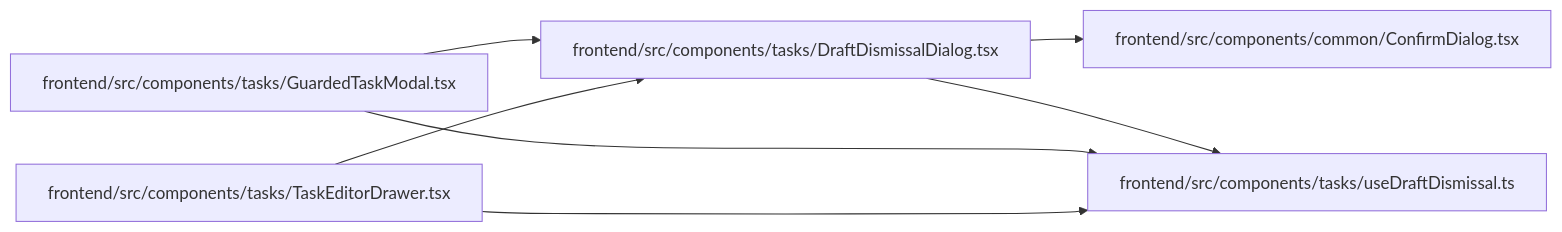
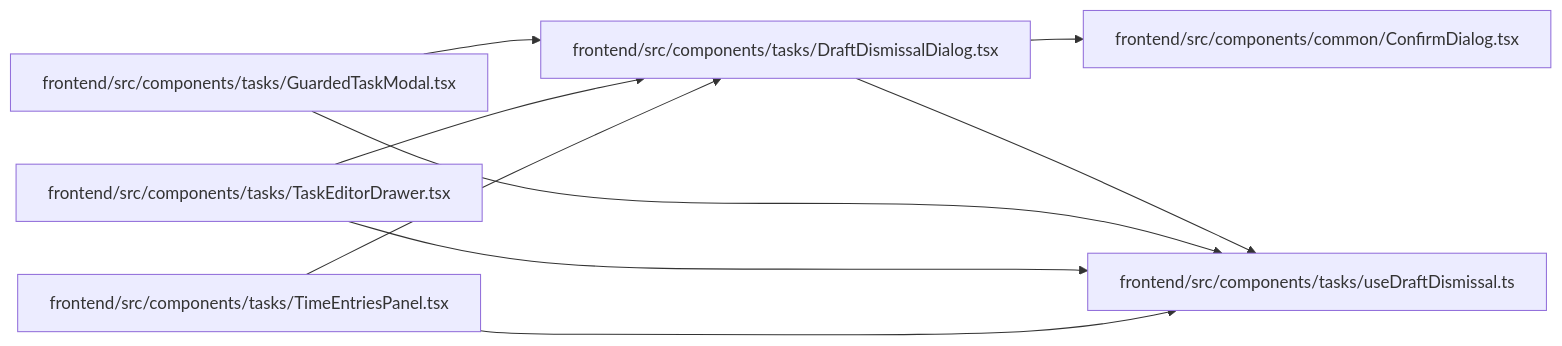
The diagram in docs/llm_wiki/modules/DraftDismissalDialog.md (Denissvgn/WorkChord), drawn with Mermaid before and after one commit. The commit also changed other lines of this file and 2344 other files, not shown here.

````diff
--- a/docs/llm_wiki/modules/DraftDismissalDialog.md
+++ b/docs/llm_wiki/modules/DraftDismissalDialog.md
@@ -28,19 +28,23 @@
 ```mermaid
 flowchart LR
     n0["frontend/src/components/common/ConfirmDialog.tsx"]
     n1["frontend/src/components/tasks/DraftDismissalDialog.tsx"]
     n2["frontend/src/components/tasks/GuardedTaskModal.tsx"]
     n3["frontend/src/components/tasks/TaskEditorDrawer.tsx"]
-    n4["frontend/src/components/tasks/useDraftDismissal.ts"]
+    n4["frontend/src/components/tasks/TimeEntriesPanel.tsx"]
+    n5["frontend/src/components/tasks/useDraftDismissal.ts"]
     n1 --> n0
-    n1 --> n4
+    n1 --> n5
     n2 --> n1
-    n2 --> n4
+    n2 --> n5
     n3 --> n1
-    n3 --> n4
+    n3 --> n5
+    n4 --> n1
+    n4 --> n5
     click n0 "../modules/ConfirmDialog.md"
     click n1 "../modules/DraftDismissalDialog.md"
     click n2 "../modules/GuardedTaskModal.md"
     click n3 "../modules/TaskEditorDrawer.md"
-    click n4 "../modules/useDraftDismissal.md"
+    click n4 "../modules/TimeEntriesPanel.md"
+    click n5 "../modules/useDraftDismissal.md"
 ```
````
